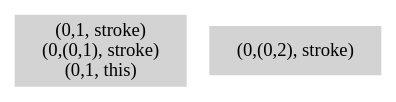
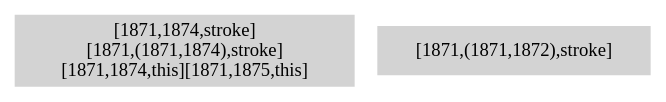
One commit to icst2021satool/source-code changed the diagram in data/PiePlot/setLabelLinkStroke.dot. Above: the diagram before and after it, drawn with Graphviz. The commit also changed 737 other files, not shown here.

Commit message:
Removed code to trim the edges of the subsumption graph. It is costly and is not needed to calculted the unconstrained DUAs

```diff
--- a/data/PiePlot/setLabelLinkStroke.dot
+++ b/data/PiePlot/setLabelLinkStroke.dot
@@ -1,4 +1,4 @@
 digraph { 
-3437 [shape=box,style=filled,color=".0 .0 .83",label="(0,1, stroke)\n(0,(0,1), stroke)\n(0,1, this)"];
-3438 [shape=box,style=filled,color=".0 .0 .83",label="(0,(0,2), stroke)"];
+3917 [shape=box,style=filled,color=".0 .0 .83",label="[1871,1874,stroke]\n[1871,(1871,1874),stroke]\n[1871,1874,this][1871,1875,this]"];
+3918 [shape=box,style=filled,color=".0 .0 .83",label="[1871,(1871,1872),stroke]"];
 }
```
